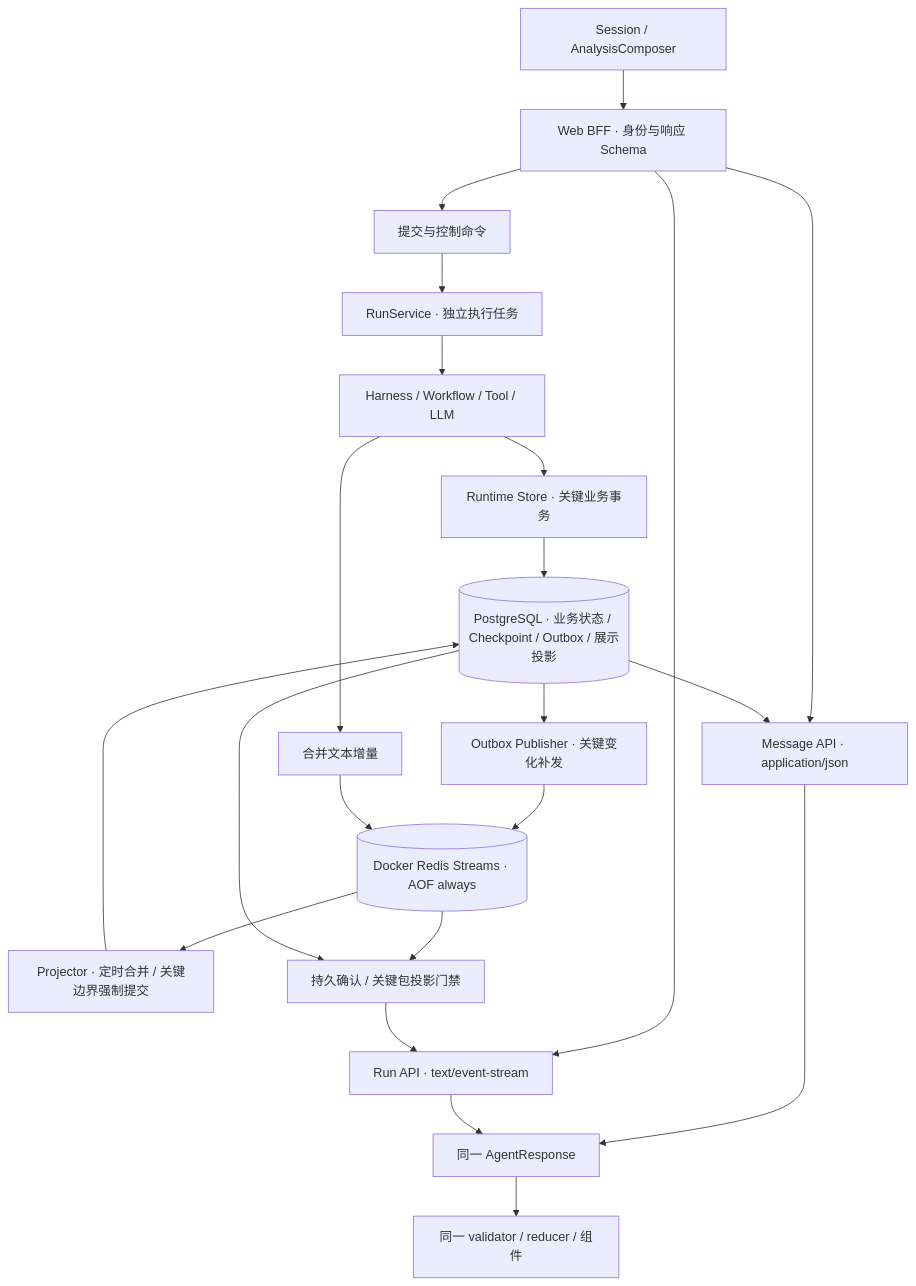
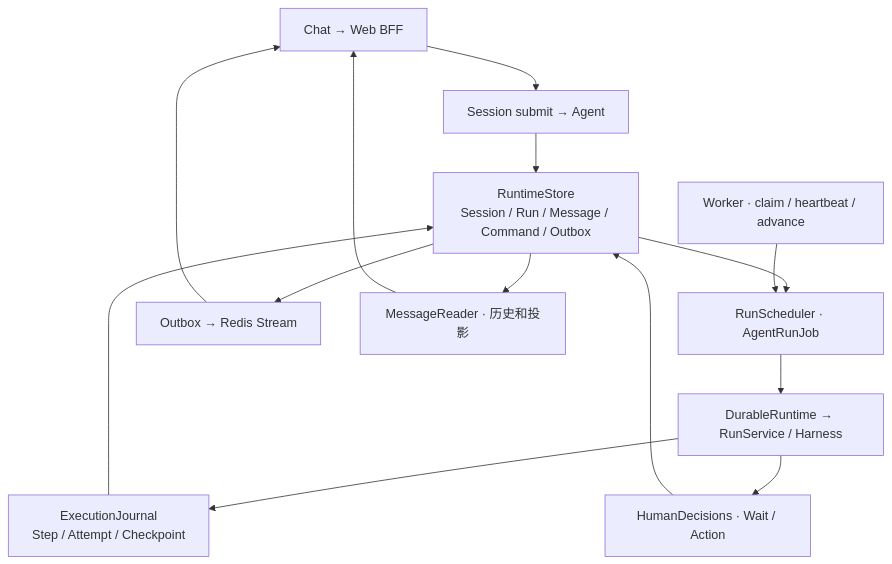
Before and after one commit to RuiLu007/compass: the first of 2 diagrams in mai-specs/985-lesson-19-durable-runtime-hitl/design/TECH_DESIGN.md, drawn with Mermaid. The commit also changed other lines of this file and 204 other files, not shown here.

````diff
--- a/mai-specs/985-lesson-19-durable-runtime-hitl/design/TECH_DESIGN.md
+++ b/mai-specs/985-lesson-19-durable-runtime-hitl/design/TECH_DESIGN.md
@@ -30,24 +17,16 @@
-```mermaid
+```mermaid 从受理到恢复
 flowchart TB
-    UI["Session / AnalysisComposer"] --> BFF["Web BFF · 身份与响应 Schema"]
-    BFF --> CMD["提交与控制命令"]
-    BFF --> MSG["Message API · application/json"]
-    BFF --> RUN["Run API · text/event-stream"]
-    CMD --> RT["RunService · 独立执行任务"]
-    RT --> H["Harness / Workflow / Tool / LLM"]
-    H --> STORE["Runtime Store · 关键业务事务"]
-    STORE --> DB[("PostgreSQL · 业务状态 / Checkpoint / Outbox / 展示投影")]
-    DB --> PUB["Outbox Publisher · 关键变化补发"]
-    H --> DELTA["合并文本增量"]
-    PUB --> LOG[("Docker Redis Streams · AOF always")]
-    DELTA --> LOG
-    LOG --> PROJ["Projector · 定时合并 / 关键边界强制提交"]
-    PROJ --> DB
-    DB --> MSG
-    LOG --> GATE["持久确认 / 关键包投影门禁"]
-    DB --> GATE
-    GATE --> RUN
-    MSG --> RESPONSE["同一 AgentResponse"]
-    RUN --> RESPONSE
-    RESPONSE --> RED["同一 validator / reducer / 组件"]
+    Chat["Chat → Web BFF"] --> API["Session submit → Agent"]
+    API --> Store["RuntimeStore<br/>Session / Run / Message / Command / Outbox"]
+    Store --> Job["RunScheduler · AgentRunJob"]
+    Worker["Worker · claim / heartbeat / advance"] --> Job
+    Job --> Runtime["DurableRuntime → RunService / Harness"]
+    Runtime --> Journal["ExecutionJournal<br/>Step / Attempt / Checkpoint"]
+    Runtime --> HITL["HumanDecisions · Wait / Action"]
+    Journal --> Store
+    HITL --> Store
+    Store --> Redis["Outbox → Redis Stream"]
+    Store --> History["MessageReader · 历史和投影"]
+    Redis --> Chat
+    History --> Chat
 ```
````
